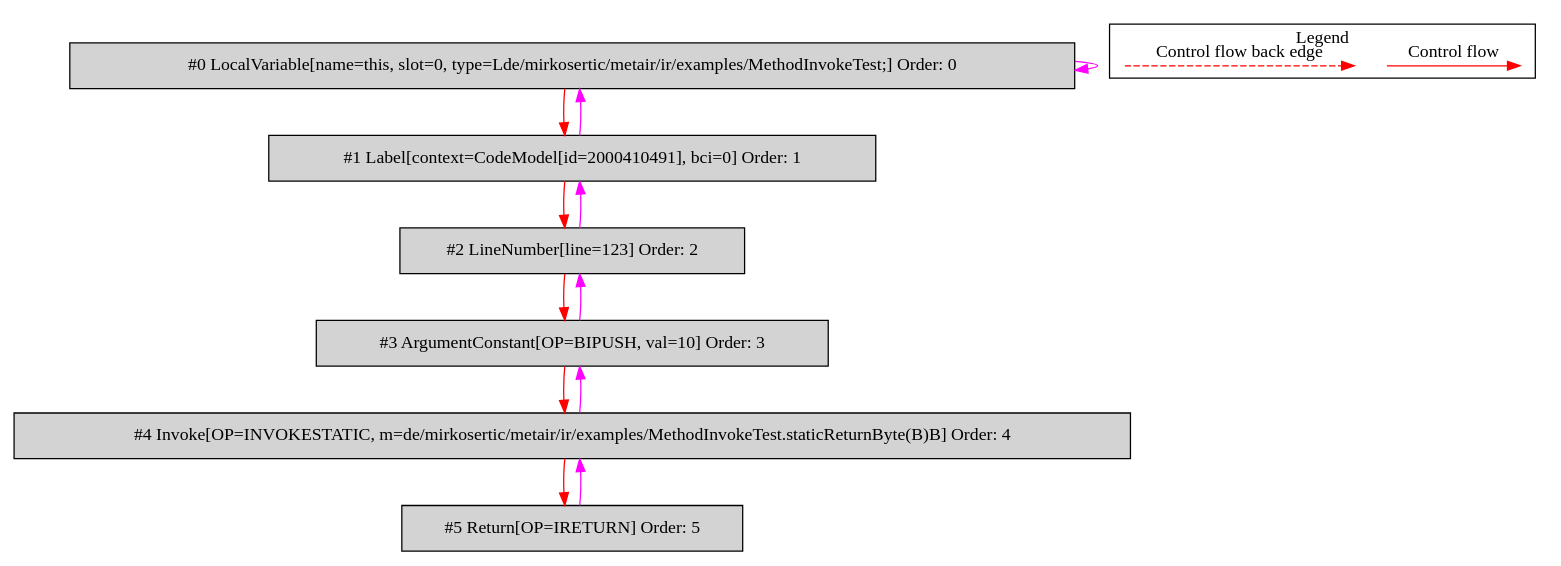
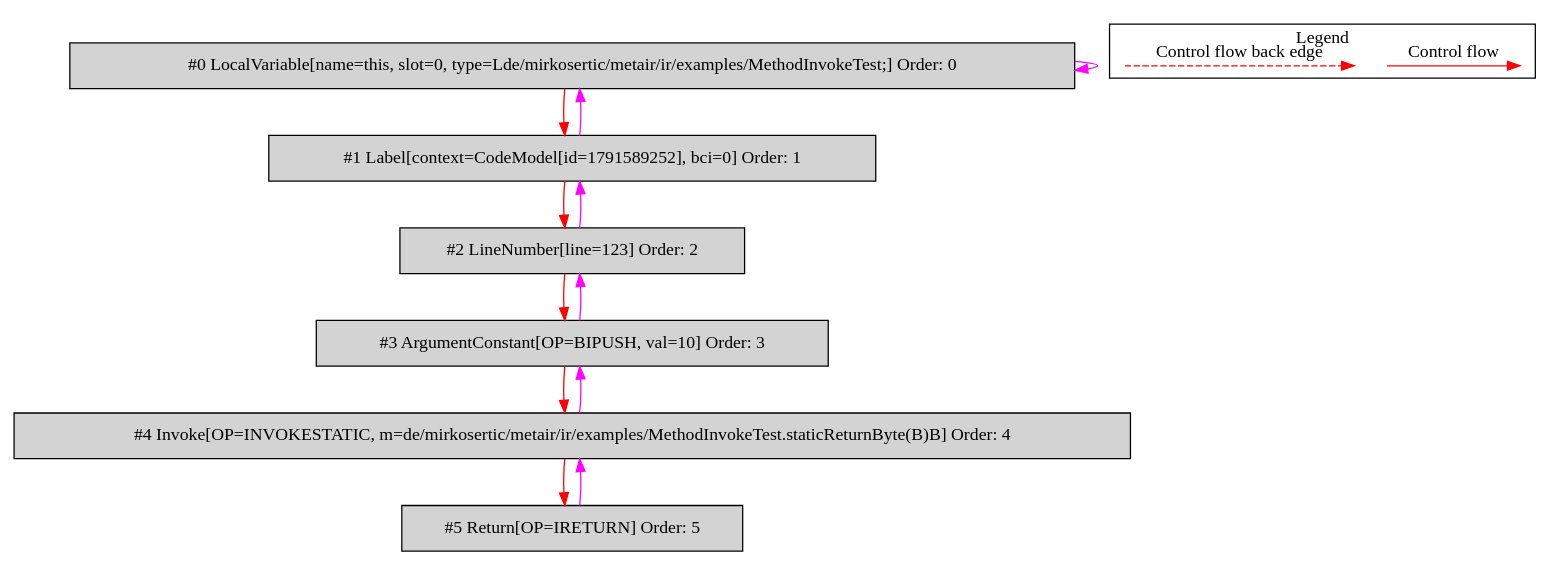
Before and after one commit to mirkosertic/MetaIR: the diagram in de.mirkosertic.metair.ir.examples.MethodInvokeTest/returnByte/bytecodecfg.dot, drawn with Graphviz. The commit also changed 1232 other files, not shown here.

```diff
--- a/de.mirkosertic.metair.ir.examples.MethodInvokeTest/returnByte/bytecodecfg.dot
+++ b/de.mirkosertic.metair.ir.examples.MethodInvokeTest/returnByte/bytecodecfg.dot
@@ -1,34 +1,34 @@
 digraph {
  ordering="in";
  node0[label="#0 LocalVariable[name=this, slot=0, type=Lde/mirkosertic/metair/ir/examples/MethodInvokeTest;] Order: 0", shape=box, fillcolor=lightgrey, style=filled];
- node1[label="#1 Label[context=CodeModel[id=2000410491], bci=0] Order: 1", shape=box, fillcolor=lightgrey, style=filled];
+ node1[label="#1 Label[context=CodeModel[id=1791589252], bci=0] Order: 1", shape=box, fillcolor=lightgrey, style=filled];
  node2[label="#2 LineNumber[line=123] Order: 2", shape=box, fillcolor=lightgrey, style=filled];
  node3[label="#3 ArgumentConstant[OP=BIPUSH, val=10] Order: 3", shape=box, fillcolor=lightgrey, style=filled];
  node4[label="#4 Invoke[OP=INVOKESTATIC, m=de/mirkosertic/metair/ir/examples/MethodInvokeTest.staticReturnByte(B)B] Order: 4", shape=box, fillcolor=lightgrey, style=filled];
  node5[label="#5 Return[OP=IRETURN] Order: 5", shape=box, fillcolor=lightgrey, style=filled];
  node0 -> node0[color=fuchsia];
  node0 -> node1[color=red];
  node1 -> node0[color=fuchsia];
  node1 -> node2[color=red];
  node2 -> node1[color=fuchsia];
  node2 -> node3[color=red];
  node3 -> node2[color=fuchsia];
  node3 -> node4[color=red];
  node4 -> node3[color=fuchsia];
  node4 -> node5[color=red];
  node5 -> node4[color=fuchsia];
  subgraph cluster_000 {
   label = "Legend";
   node [shape=point]
   {
    rank=same;
    c0 [style = invis];
    c1 [style = invis];
    c2 [style = invis];
    c3 [style = invis];
   }
   c0 -> c1 [label="Control flow", style=solid, color=red]
   c2 -> c3 [label="Control flow back edge", style=dashed, color=red]
  }
 
 }
```
